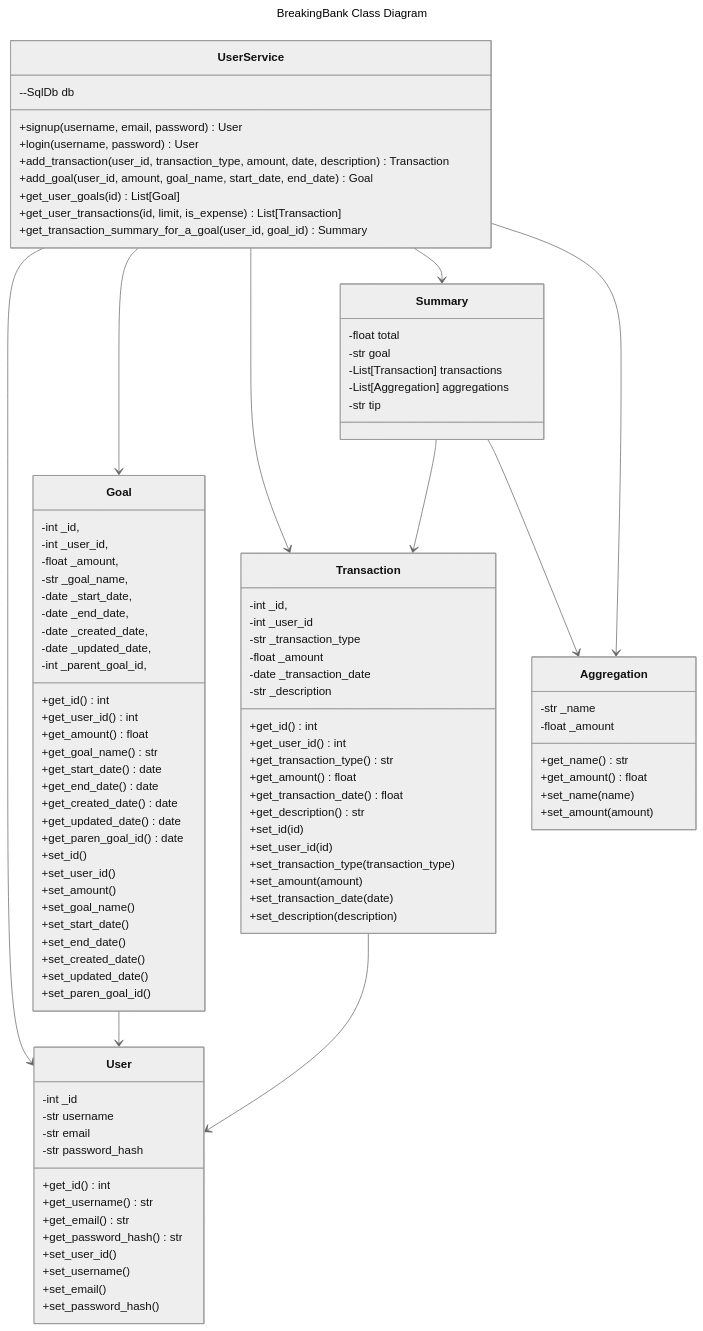
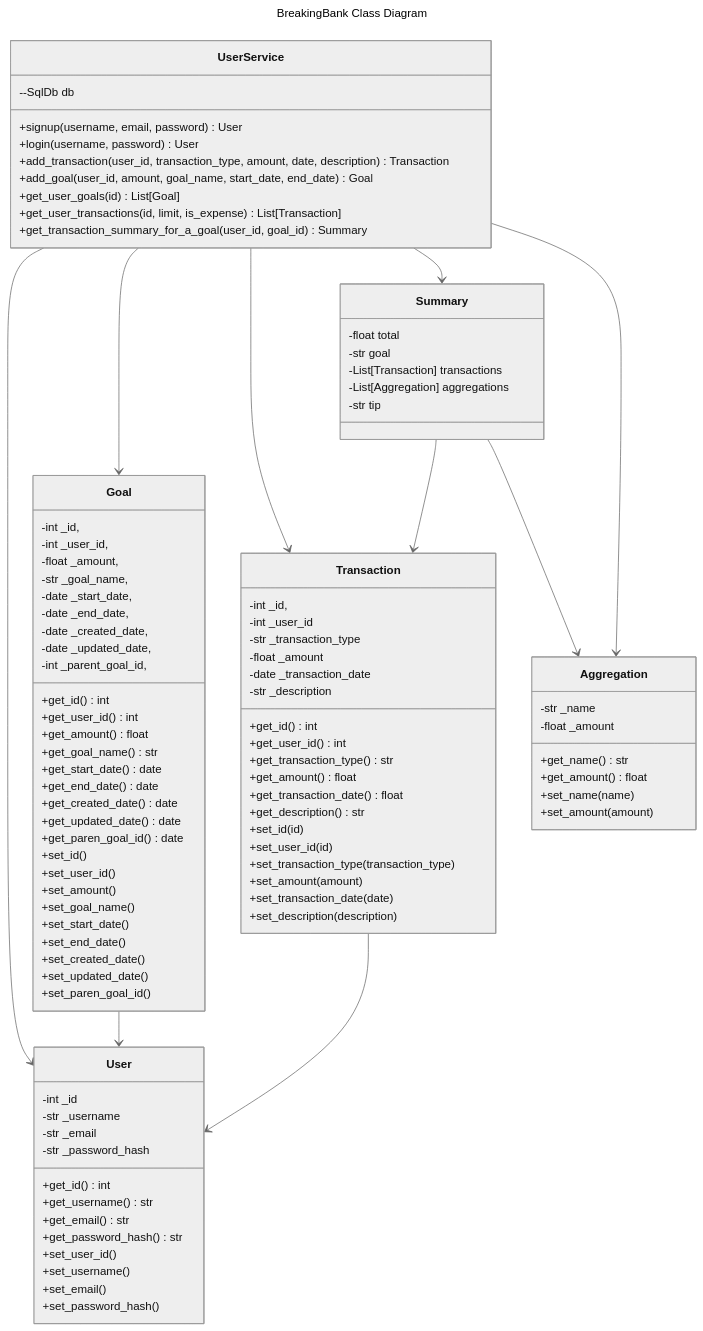
One commit to AlexandriaParkCS/2026-y12-SE-PhilipYaroshchyk-pwa-obsidian-portfolio changed the diagram in 02. My Portfolio/3. Application Design/AD-07 Class Diagrams.md. Above: the diagram before and after it, drawn with Mermaid (neutral theme). The commit also changed 11 other files, not shown here.

```diff
--- a/02. My Portfolio/3. Application Design/AD-07 Class Diagrams.md
+++ b/02. My Portfolio/3. Application Design/AD-07 Class Diagrams.md
@@ -25,9 +25,9 @@
 
 class User {
 	-int _id
-	-str username
-	-str email
-	-str password_hash
+	-str _username
+	-str _email
+	-str _password_hash
 	
 	+get_id() int
 	+get_username() str
```
